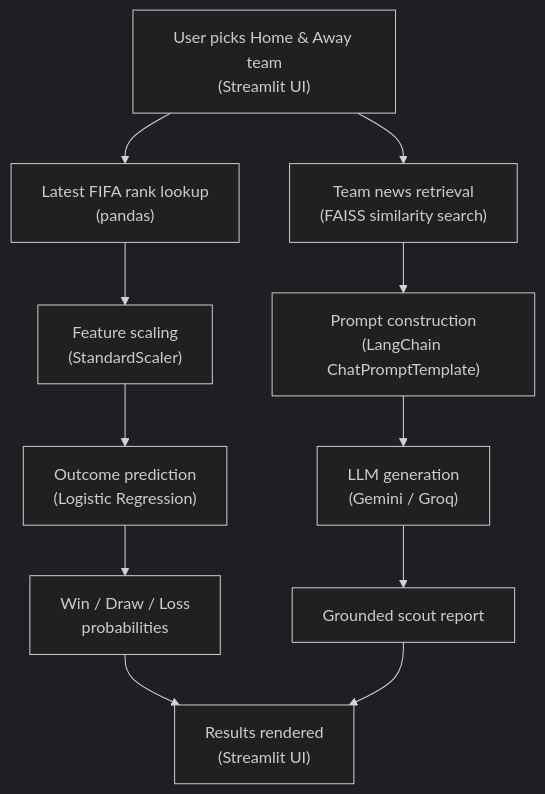
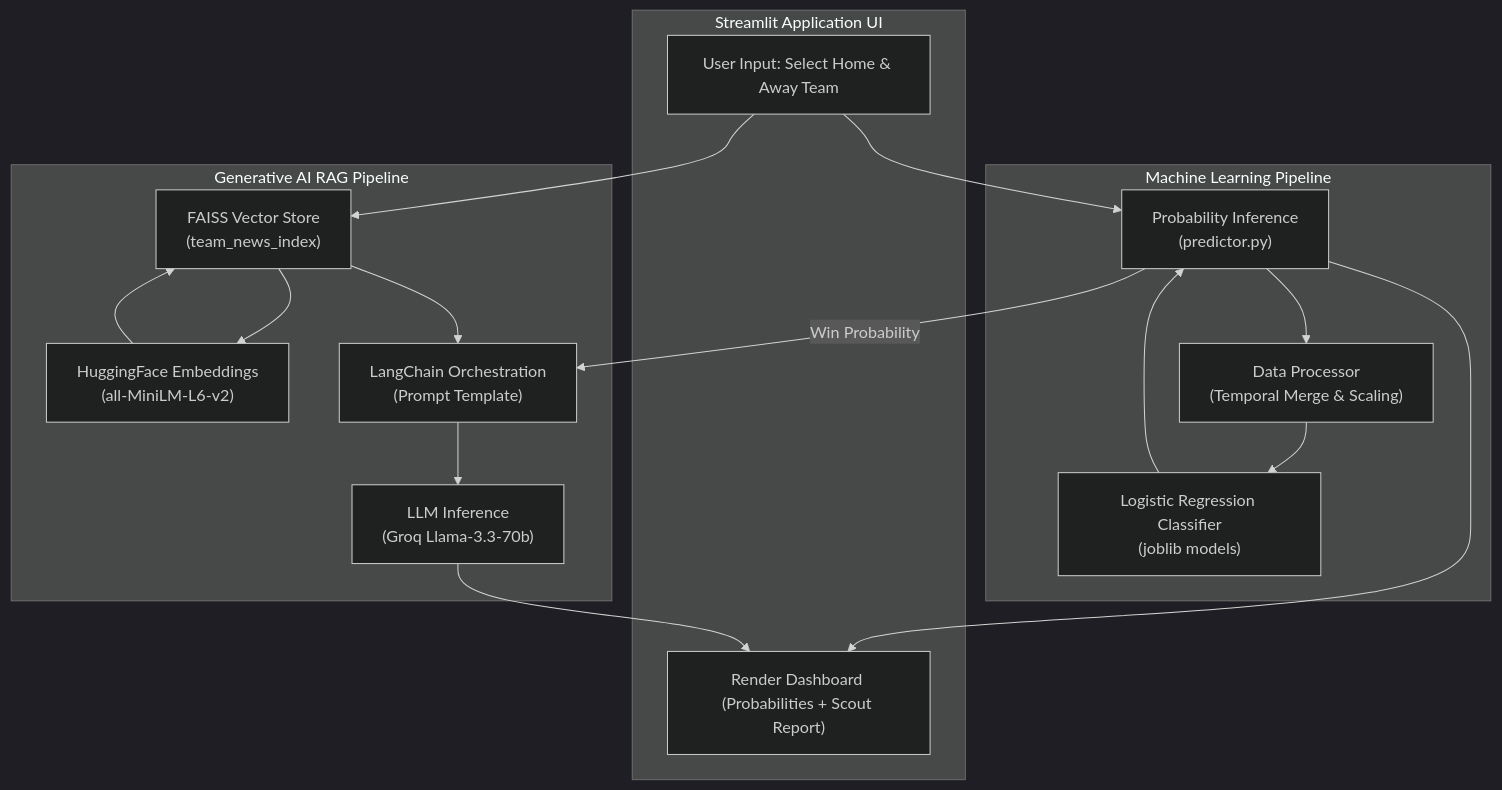
The first of 2 diagrams in README.md (abhi-dev-codes/Match-Oracle), drawn with Mermaid (dark theme) before and after one commit. The commit also changed other lines of this file, not shown here.

````diff
--- a/README.md
+++ b/README.md
@@ -60,15 +62,36 @@
 ```mermaid
 flowchart TD
-    A["User picks Home & Away team<br/>(Streamlit UI)"] --> B["Latest FIFA rank lookup<br/>(pandas)"]
-    B --> C["Feature scaling<br/>(StandardScaler)"]
-    C --> D["Outcome prediction<br/>(Logistic Regression)"]
-    D --> E["Win / Draw / Loss<br/>probabilities"]
- 
-    A --> F["Team news retrieval<br/>(FAISS similarity search)"]
-    F --> G["Prompt construction<br/>(LangChain ChatPromptTemplate)"]
-    G --> H["LLM generation<br/>(Gemini / Groq)"]
-    H --> I["Grounded scout report"]
- 
-    E --> J["Results rendered<br/>(Streamlit UI)"]
-    I --> J
+    subgraph Frontend [Streamlit Application UI]
+        A["User Input: Select Home & Away Team"]
+        J["Render Dashboard (Probabilities + Scout Report)"]
+    end
+
+    subgraph ML_Pipeline [Machine Learning Pipeline]
+        B["Data Processor<br/>(Temporal Merge & Scaling)"]
+        C["Logistic Regression Classifier<br/>(joblib models)"]
+        D["Probability Inference<br/>(predictor.py)"]
+    end
+
+    subgraph RAG_Pipeline [Generative AI RAG Pipeline]
+        E["HuggingFace Embeddings<br/>(all-MiniLM-L6-v2)"]
+        F["FAISS Vector Store<br/>(team_news_index)"]
+        G["LangChain Orchestration<br/>(Prompt Template)"]
+        H["LLM Inference<br/>(Groq Llama-3.3-70b)"]
+    end
+
+    A --> D
+    A --> F
+    
+    D --> B
+    B --> C
+    C --> D
+    
+    F --> E
+    E --> F
+    F --> G
+    D -- "Win Probability" --> G
+    G --> H
+    
+    D --> J
+    H --> J
 ```
````
